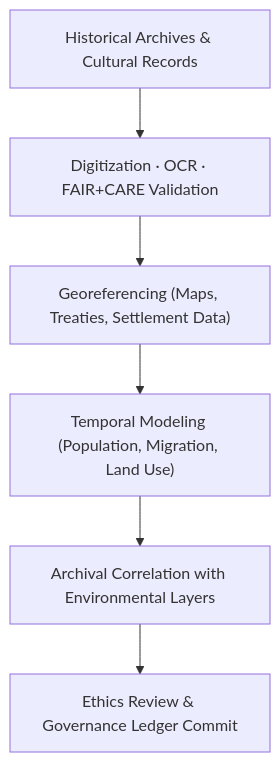
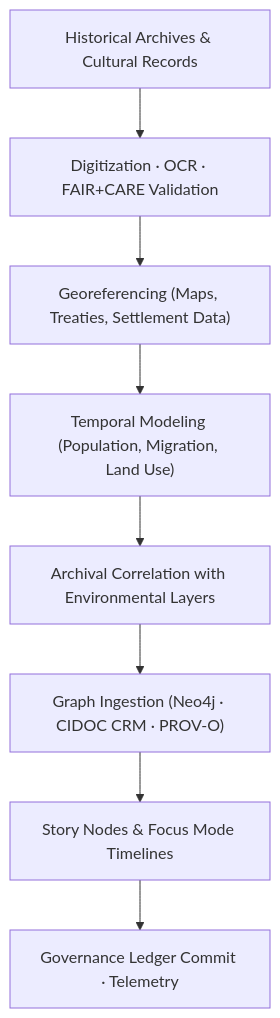
One commit to bartytime4life/Kansas-Frontier-Matrix changed the diagram in docs/analyses/historical/README.md. Above: the diagram before and after it, drawn with Mermaid. The commit also changed other lines of this file, not shown here.

````diff
--- a/docs/analyses/historical/README.md
+++ b/docs/analyses/historical/README.md
@@ -77,9 +185,11 @@
 ```mermaid
 flowchart TD
     A["Historical Archives & Cultural Records"]
-    --> B["Digitization · OCR · FAIR+CARE Validation"]
+        --> B["Digitization · OCR · FAIR+CARE Validation"]
     B --> C["Georeferencing (Maps, Treaties, Settlement Data)"]
     C --> D["Temporal Modeling (Population, Migration, Land Use)"]
     D --> E["Archival Correlation with Environmental Layers"]
-    E --> F["Ethics Review & Governance Ledger Commit"]
+    E --> F["Graph Ingestion (Neo4j · CIDOC CRM · PROV-O)"]
+    F --> G["Story Nodes & Focus Mode Timelines"]
+    G --> H["Governance Ledger Commit · Telemetry"]
 ```
````
